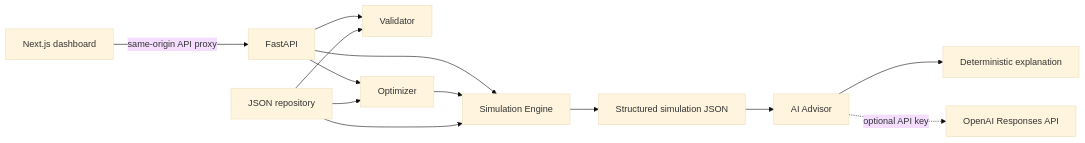
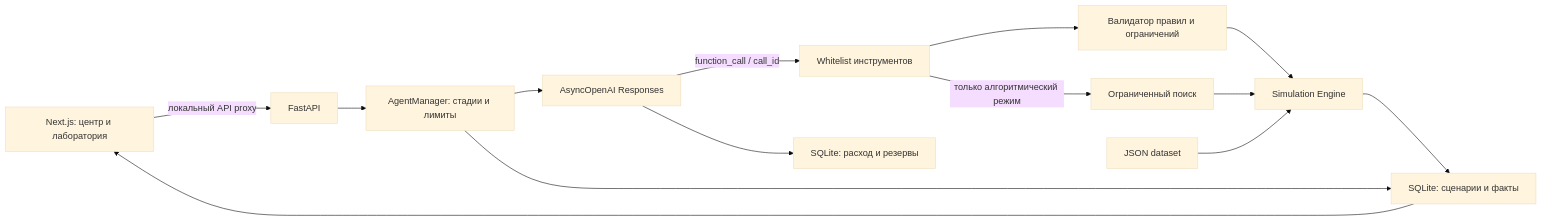
Before and after one commit to BAITC-Hacks/hack-91da6326-temirqazyq: the diagram in README.md, drawn with Mermaid (base theme). The commit also changed other lines of this file and 76 other files, not shown here.

````diff
--- a/README.md
+++ b/README.md
@@ -21,15 +71,16 @@
 ```mermaid
 flowchart LR
-    F[Next.js dashboard] -->|same-origin API proxy| A[FastAPI]
-    A --> V[Validator]
-    A --> S[Simulation Engine]
-    A --> O[Optimizer]
-    O --> S
-    D[JSON repository] --> V
-    D --> S
-    D --> O
-    S --> J[Structured simulation JSON]
-    J --> E[AI Advisor]
-    E --> T[Deterministic explanation]
-    E -. optional API key .-> L[OpenAI Responses API]
+    UI[Next.js: центр и лаборатория] -->|локальный API proxy| API[FastAPI]
+    API --> Agent[AgentManager: стадии и лимиты]
+    Agent --> Provider[AsyncOpenAI Responses]
+    Provider -->|function_call / call_id| Tools[Whitelist инструментов]
+    Tools --> Validator[Валидатор правил и ограничений]
+    Validator --> Engine[Simulation Engine]
+    Tools -->|только алгоритмический режим| Search[Ограниченный поиск]
+    Search --> Engine
+    Data[JSON dataset] --> Engine
+    Engine --> Store[SQLite: сценарии и факты]
+    Agent --> Store
+    Provider --> Ledger[SQLite: расход и резервы]
+    Store --> UI
 ```
````
